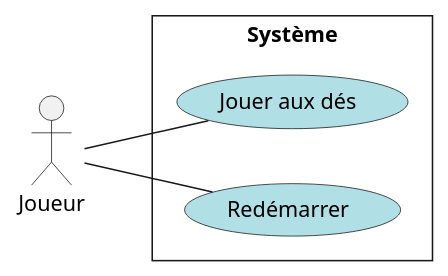
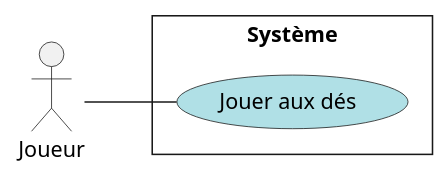
Before and after one commit to relhETSMTL/log210-enonce-lab0: the diagram in docs/modeles/dcu.puml, drawn with PlantUML.

```diff
--- a/docs/modeles/dcu.puml
+++ b/docs/modeles/dcu.puml
@@ -1,14 +1,12 @@
 @startuml Diagramme de cas d'utilisation
 left to right direction
 skinparam style strictuml
 skinparam packageStyle rect
 skinparam backgroundcolor transparent
 skinparam defaultfontname Verdana
 actor Joueur as J
 rectangle "Système" {
   (Jouer aux dés) as JP #powderblue
-  (Redémarrer) as R #powderblue
   J -- JP
-  J -- R
 }
 @enduml
```
